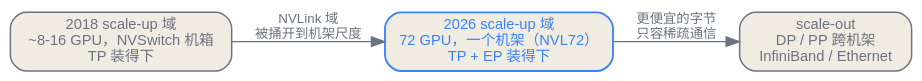
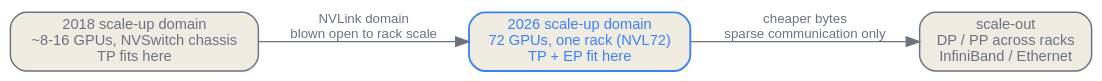
The second of 4 diagrams in zh/p11-frontiers/45-the-compute-frontier.qmd (latere-ai/ai-as-an-infrastructure), drawn with Graphviz before and after one commit. The commit also changed other lines of this file and 106 other files, not shown here.

````diff
--- a/zh/p11-frontiers/45-the-compute-frontier.qmd
+++ b/zh/p11-frontiers/45-the-compute-frontier.qmd
@@ -42,17 +42,17 @@
 ```{dot}
 //| label: fig-compute-frontier-domain
 //| fig-cap: "@sec-accelerators-networking 钉在节点上的 scale-up 域已扩到机架。最吃带宽的并行轴如今能在一个一致性互连内跨 72 块加速器，而此前只跨约 8 块；越过域的边缘，只有稀疏通信才付得起更慢的互连。"
 digraph scaleup {
   rankdir=LR;
   bgcolor="transparent";
   node [shape=box, style="rounded,filled", fontname="Helvetica", fontsize=11, color="#6b7280", fontcolor="#6b7280", fillcolor="#f1ece1", penwidth=1.1];
   edge [fontname="Helvetica", fontsize=10, color="#6b7280", fontcolor="#6b7280"];
 
-  old [label="2018 scale-up 域\n~8-16 GPU，NVSwitch 机箱\nTP 装得下"];
-  new [label="2026 scale-up 域\n72 GPU，一个机架（NVL72）\nTP + EP 装得下", color="#3b82f6", fontcolor="#3b82f6", penwidth=1.4];
-  out [label="scale-out\nDP / PP 跨机架\nInfiniBand / Ethernet"];
+  old [label="2018 scale-up domain\n~8-16 GPUs, NVSwitch chassis\nTP fits here"];
+  new [label="2026 scale-up domain\n72 GPUs, one rack (NVL72)\nTP + EP fit here", color="#3b82f6", fontcolor="#3b82f6", penwidth=1.4];
+  out [label="scale-out\nDP / PP across racks\nInfiniBand / Ethernet"];
 
-  old -> new [label="NVLink 域\n被捅开到机架尺度"];
-  new -> out [label="更便宜的字节\n只容稀疏通信"];
+  old -> new [label="NVLink domain\nblown open to rack scale"];
+  new -> out [label="cheaper bytes\nsparse communication only"];
 }
 ```
````
